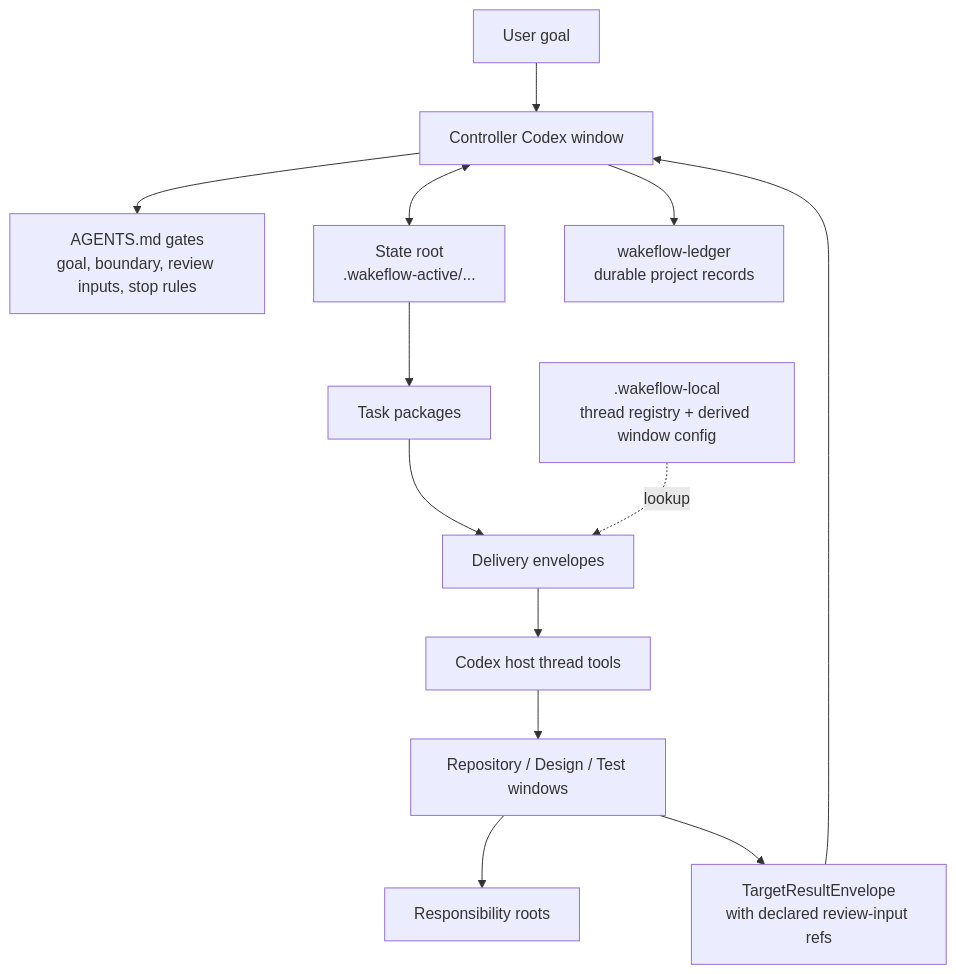
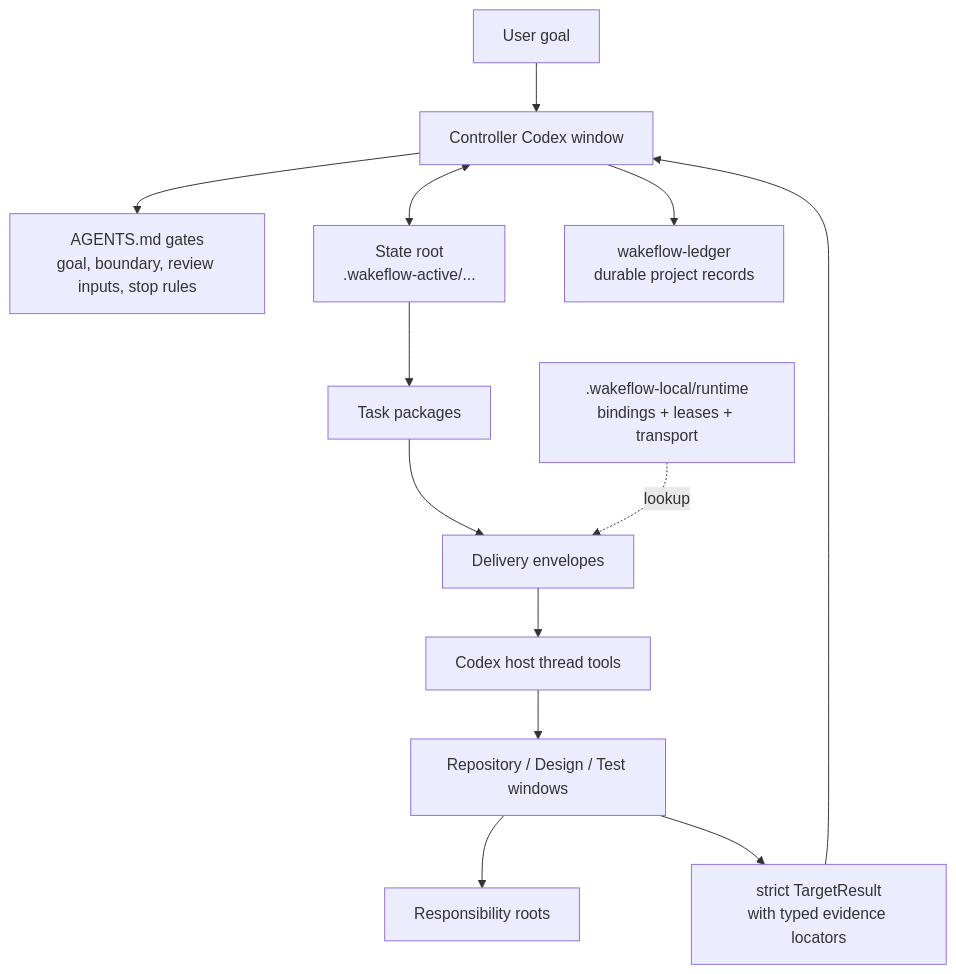
One commit to GxFn/Wakeflow changed the diagram in plugins/codex-wakeflow/README.md. Above: the diagram before and after it, drawn with Mermaid. The commit also changed other lines of this file and 8068 other files, not shown here.

````diff
--- a/plugins/codex-wakeflow/README.md
+++ b/plugins/codex-wakeflow/README.md
@@ -70,15 +70,15 @@
 ```mermaid
 flowchart TD
   User["User goal"] --> Controller["Controller Codex window"]
   Controller --> Gates["AGENTS.md gates<br/>goal, boundary, review inputs, stop rules"]
   Controller <--> StateRoot["State root<br/>.wakeflow-active/..."]
   StateRoot --> Tasks["Task packages"]
   Tasks --> Delivery["Delivery envelopes"]
-  LocalRuntime[".wakeflow-local<br/>thread registry + derived window config"] -. "lookup" .-> Delivery
+  LocalRuntime[".wakeflow-local/runtime<br/>bindings + leases + transport"] -. "lookup" .-> Delivery
   Delivery --> Host["Codex host thread tools"]
   Host --> Targets["Repository / Design / Test windows"]
   Targets --> Repos["Responsibility roots"]
-  Targets --> Results["TargetResultEnvelope<br/>with declared review-input refs"]
+  Targets --> Results["strict TargetResult<br/>with typed evidence locators"]
   Results --> Controller
   Controller --> Ledger["wakeflow-ledger<br/>durable project records"]
 ```
````
